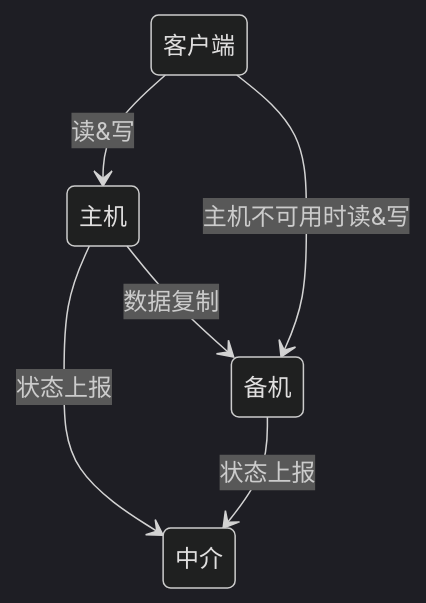
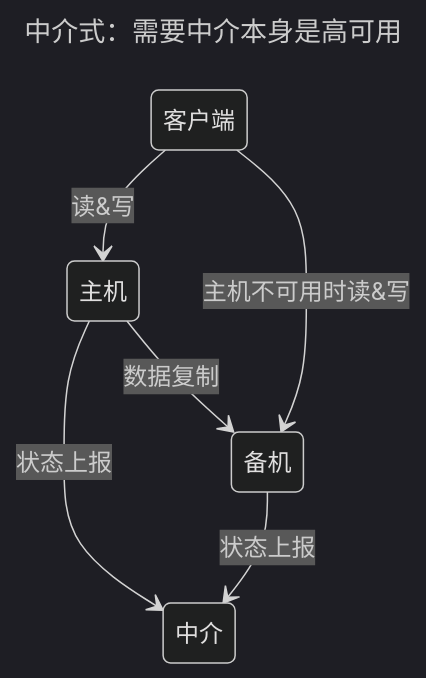
Before and after one commit to 0xcaffebabe/note: the second of 8 diagrams in doc/软件工程/架构/系统设计/可用性.md, drawn with Mermaid (dark theme). The commit also changed other lines of this file and 2 other files, not shown here.

````diff
--- a/doc/软件工程/架构/系统设计/可用性.md
+++ b/doc/软件工程/架构/系统设计/可用性.md
@@ -204,8 +164,11 @@
 ```mermaid
+---
+title: 中介式：需要中介本身是高可用
+---
 stateDiagram-v2
   客户端 --> 主机: 读&写
   主机 --> 备机: 数据复制
   主机 --> 中介: 状态上报
   备机 --> 中介: 状态上报
   客户端 --> 备机: 主机不可用时读&写
 ```
````
